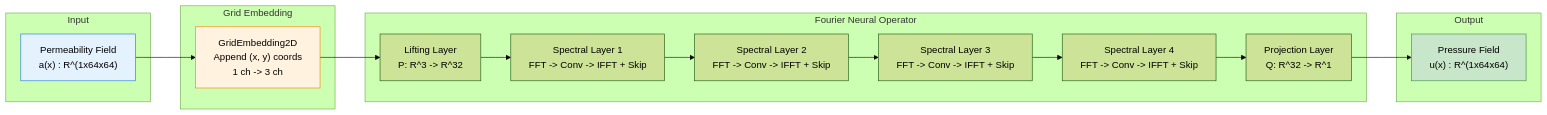
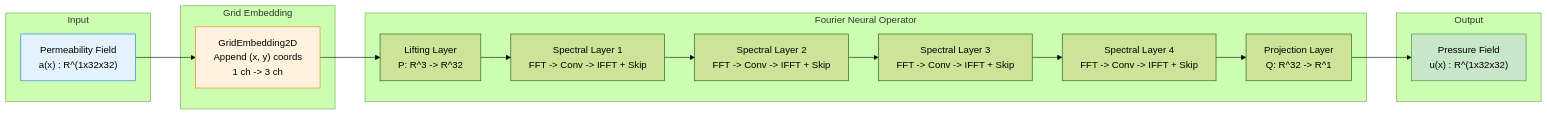
One commit to avitai/opifex changed the diagram in docs/examples/neural-operators/fno-darcy.md. Above: the diagram before and after it, drawn with Mermaid (forest theme). The commit also changed other lines of this file and 35 other files, not shown here.

````diff
--- a/docs/examples/neural-operators/fno-darcy.md
+++ b/docs/examples/neural-operators/fno-darcy.md
@@ -117,29 +105,29 @@
 ```mermaid
 graph LR
     subgraph Input
-        A["Permeability Field<br/>a(x) : R^(1x64x64)"]
+        A["Permeability Field<br/>a(x) : R^(1x32x32)"]
     end
 
     subgraph Embedding["Grid Embedding"]
         B["GridEmbedding2D<br/>Append (x, y) coords<br/>1 ch -> 3 ch"]
     end
 
     subgraph FNO["Fourier Neural Operator"]
         C["Lifting Layer<br/>P: R^3 -> R^32"]
         D["Spectral Layer 1<br/>FFT -> Conv -> IFFT + Skip"]
         E["Spectral Layer 2<br/>FFT -> Conv -> IFFT + Skip"]
         F["Spectral Layer 3<br/>FFT -> Conv -> IFFT + Skip"]
         G["Spectral Layer 4<br/>FFT -> Conv -> IFFT + Skip"]
         H["Projection Layer<br/>Q: R^32 -> R^1"]
     end
 
     subgraph Output
-        I["Pressure Field<br/>u(x) : R^(1x64x64)"]
+        I["Pressure Field<br/>u(x) : R^(1x32x32)"]
     end
 
     A --> B --> C --> D --> E --> F --> G --> H --> I
 
     style A fill:#e3f2fd,stroke:#1976d2
     style B fill:#fff3e0,stroke:#f57c00
     style I fill:#c8e6c9,stroke:#388e3c
 ```
````
